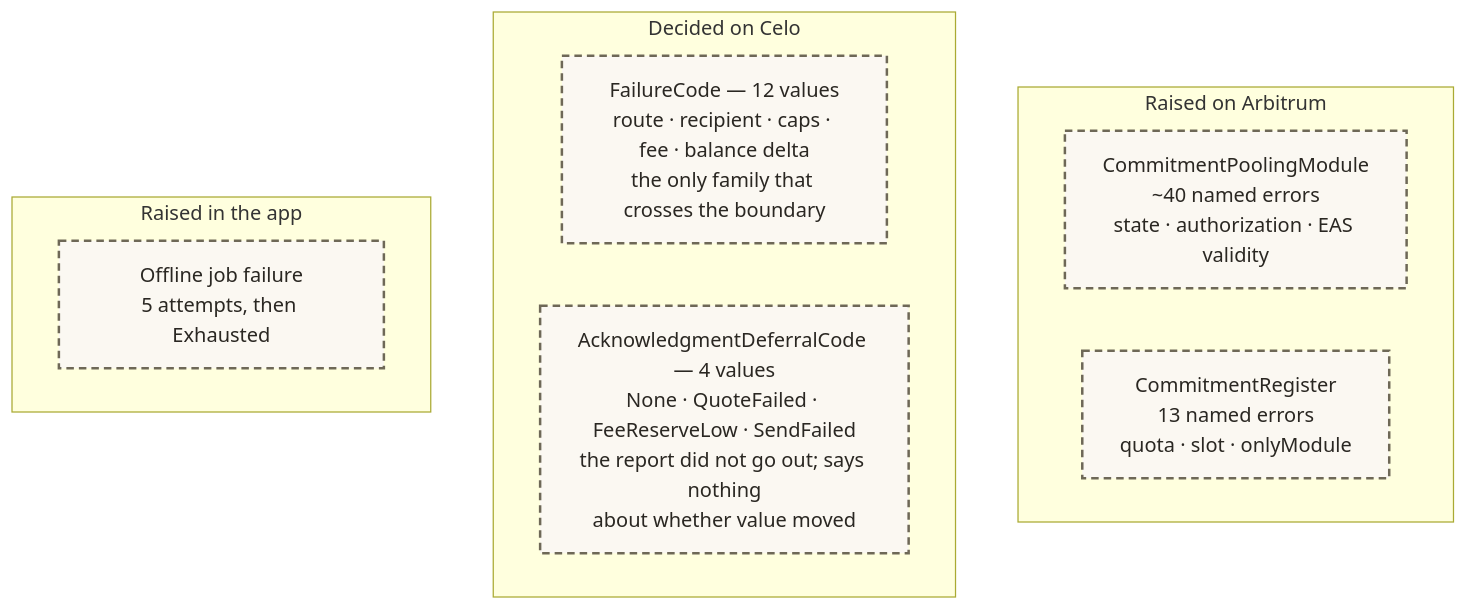
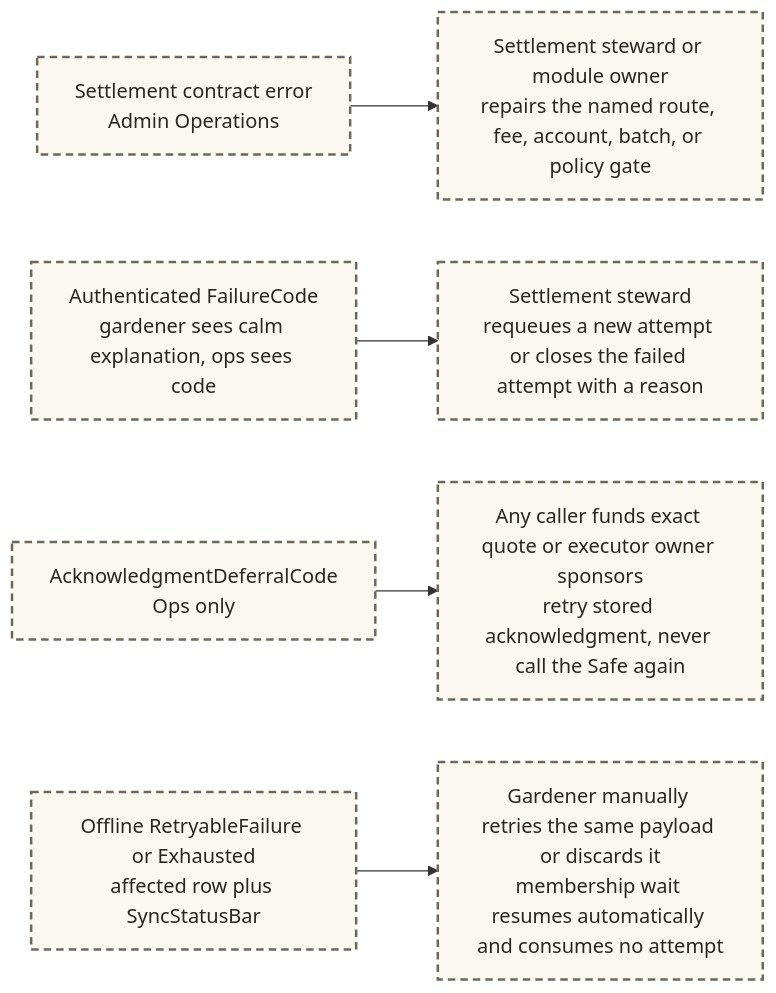
Before and after one commit to greenpill-dev-guild/green-goods: diagram 33 of 38 in .plans/active/commitment-pooling/diagrams.md, drawn with Mermaid. The commit also changed other lines of this file and 46 other files, not shown here.

````diff
--- a/.plans/active/commitment-pooling/diagrams.md
+++ b/.plans/active/commitment-pooling/diagrams.md
@@ -1794,17 +1731,10 @@
 ```mermaid
-flowchart TB
-  subgraph ONARB["Raised on Arbitrum"]
-    E1["CommitmentPoolingModule<br/>~40 named errors<br/>state · authorization · EAS validity"]
-    E2["CommitmentRegister<br/>13 named errors<br/>quota · slot · onlyModule"]
-  end
-  subgraph ONCELO["Decided on Celo"]
-    E3["FailureCode — 12 values<br/>route · recipient · caps · fee · balance delta<br/>the only family that crosses the boundary"]
-    E4["AcknowledgmentDeferralCode — 4 values<br/>None · QuoteFailed · FeeReserveLow · SendFailed<br/>the report did not go out; says nothing<br/>about whether value moved"]
-  end
-  subgraph INAPP["Raised in the app"]
-    E5["Offline job failure<br/>5 attempts, then Exhausted"]
-  end
+flowchart LR
+  SE["Settlement contract error<br/>Admin Operations"] --> SEA["Settlement steward or module owner<br/>repairs the named route, fee, account, batch, or policy gate"]
+  FC["Authenticated FailureCode<br/>gardener sees calm explanation, ops sees code"] --> FCA["Settlement steward<br/>requeues a new attempt or closes the failed attempt with a reason"]
+  AD["AcknowledgmentDeferralCode<br/>Ops only"] --> ADA["Any caller funds exact quote or executor owner sponsors<br/>retry stored acknowledgment, never call the Safe again"]
+  OQ["Offline RetryableFailure or Exhausted<br/>affected row plus SyncStatusBar"] --> OQA["Gardener manually retries the same payload or discards it<br/>membership wait resumes automatically and consumes no attempt"]
 
   classDef planned fill:#fbf8f2,stroke:#6e6857,stroke-width:2px,stroke-dasharray:6 4,color:#2a2722
-  class E1,E2,E3,E4,E5 planned
+  class SE,SEA,FC,FCA,AD,ADA,OQ,OQA planned
 ```
````
